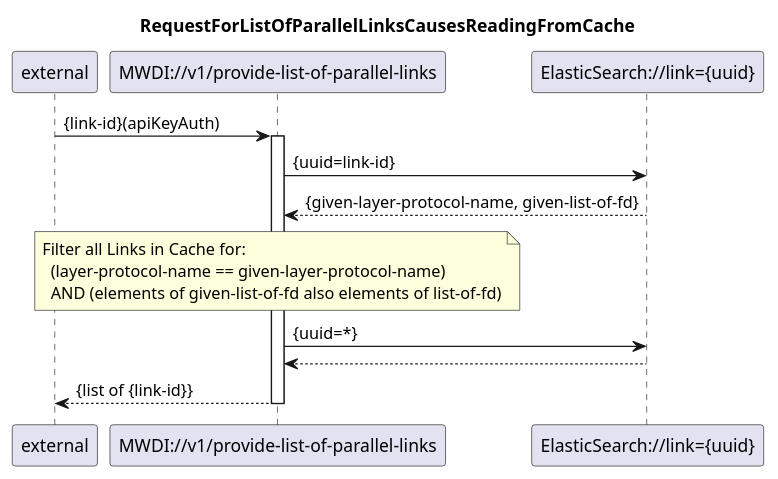
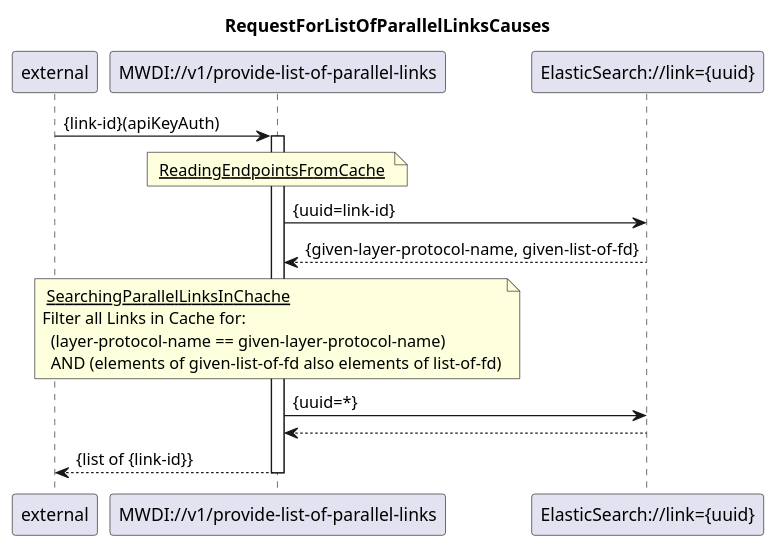
The diagram in spec/diagrams/103_ProvideListOfParallelLinks.plantuml (openBackhaul/MicroWaveDeviceInventory), drawn with PlantUML before and after one commit. The commit also changed 5 other files, not shown here.

Commit message:
Add /v1/provide-list-of-parallel-links

```diff
--- a/spec/diagrams/103_ProvideListOfParallelLinks.plantuml
+++ b/spec/diagrams/103_ProvideListOfParallelLinks.plantuml
@@ -1,28 +1,32 @@
 @startuml 103_ProvideListOfParallelLinks
 skinparam responseMessageBelowArrow true
 
-title  RequestForListOfParallelLinksCausesReadingFromCache
+title  RequestForListOfParallelLinksCauses
 
 participant "external" as requestor
 participant "MWDI://v1/provide-list-of-parallel-links" as provideListOfParallelLinks
 participant "ElasticSearch://link={uuid}" as Link
 participant "ElasticSearch://link={uuid}" as Link
 
 requestor -> provideListOfParallelLinks: {link-id}(apiKeyAuth)
 
+note over provideListOfParallelLinks 
+<u> ReadingEndpointsFromCache </u>
+end note
 activate provideListOfParallelLinks
 provideListOfParallelLinks -> Link : {uuid=link-id}
 Link --> provideListOfParallelLinks: {given-layer-protocol-name, given-list-of-fd}
 
 note over provideListOfParallelLinks
+<u> SearchingParallelLinksInChache </u>
 Filter all Links in Cache for:
   (layer-protocol-name == given-layer-protocol-name)
   AND (elements of given-list-of-fd also elements of list-of-fd)
 end note
 provideListOfParallelLinks -> Link : {uuid=*}
 Link --> provideListOfParallelLinks:
 
 provideListOfParallelLinks --> requestor: {list of {link-id}}
 deactivate provideListOfParallelLinks
 
 @enduml
```
